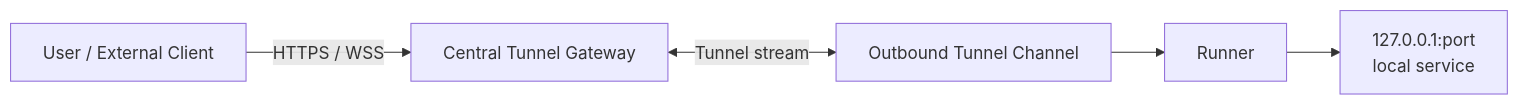
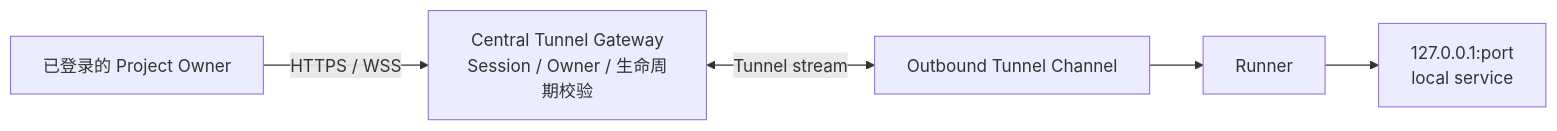
Before and after one commit to LunaDeerTech/agenteam: the diagram in docs/architecture/runner/desktop-tunnel.md, drawn with Mermaid. The commit also changed other lines of this file and 86 other files, not shown here.

```diff
--- a/docs/architecture/runner/desktop-tunnel.md
+++ b/docs/architecture/runner/desktop-tunnel.md
@@ -173,13 +186,13 @@
 ~~~mermaid
 flowchart LR
-    User["User / External Client"]
-    Gateway["Central Tunnel Gateway"]
+    User["已登录的 Project Owner"]
+    Gateway["Central Tunnel Gateway<br/>Session / Owner / 生命周期校验"]
     Channel["Outbound Tunnel Channel"]
     Runner["Runner"]
     Local["127.0.0.1:port<br/>local service"]
 
     User -->|"HTTPS / WSS"| Gateway
     Gateway <-->|"Tunnel stream"| Channel
     Channel --> Runner
     Runner --> Local
 ~~~
```
